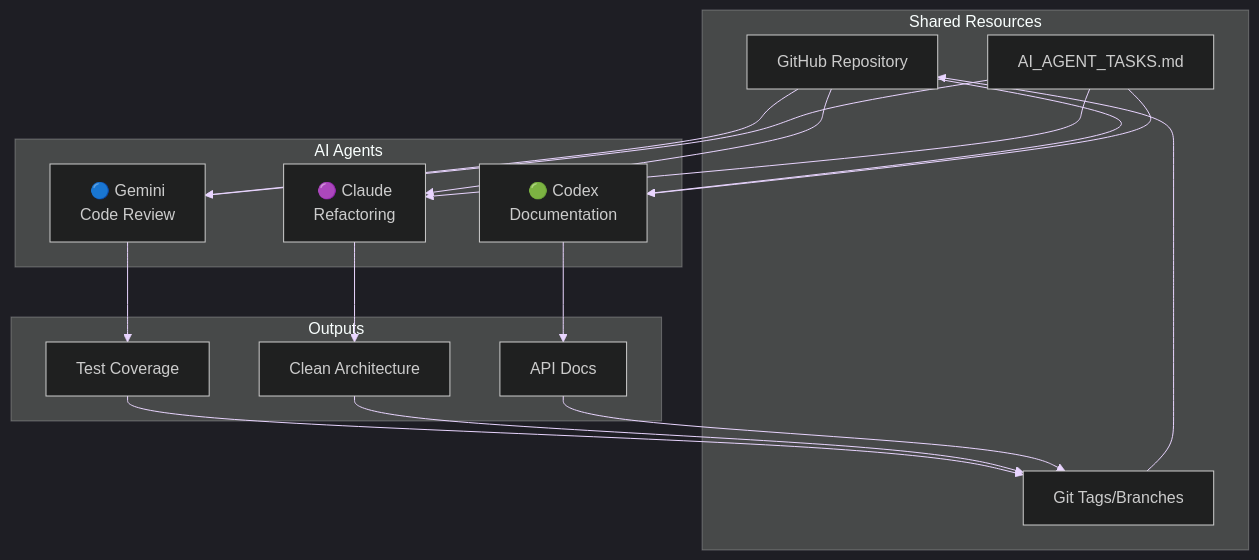
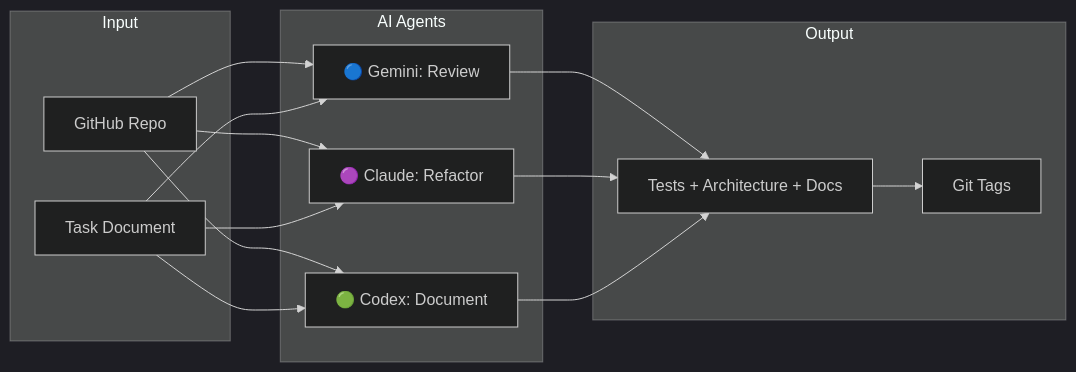
The eighth of 8 diagrams in ai_agent_comparison.md (kousen/cosmic-catalog), drawn with Mermaid before and after one commit. The commit also changed other lines of this file and 1 other file, not shown here.

````diff
--- a/ai_agent_comparison.md
+++ b/ai_agent_comparison.md
@@ -632,28 +906,24 @@
 ```mermaid
-%%{init: {'theme':'dark', 'themeVariables': { 'primaryColor':'#a78bfa', 'primaryTextColor':'#fff', 'primaryBorderColor':'#c4b5fd', 'lineColor':'#e9d5ff', 'secondaryColor':'#60a5fa', 'tertiaryColor':'#34d399'}}}%%
-graph TB
-    subgraph "Shared Resources"
-        A[GitHub Repository]
-        B[AI_AGENT_TASKS.md]
-        C[Git Tags/Branches]
+%%{init: {'theme':'dark'}}%%
+graph LR
+    subgraph "Input"
+        A[GitHub Repo]
+        B[Task Document]
     end
     
     subgraph "AI Agents"
-        D[🔵 Gemini<br/>Code Review]
-        E[🟣 Claude<br/>Refactoring]
-        F[🟢 Codex<br/>Documentation]
+        C[🔵 Gemini: Review]
+        D[🟣 Claude: Refactor]
+        E[🟢 Codex: Document]
     end
     
-    subgraph "Outputs"
-        G[Test Coverage]
-        H[Clean Architecture]
-        I[API Docs]
+    subgraph "Output"
+        F[Tests + Architecture + Docs]
+        G[Git Tags]
     end
     
-    A --> D & E & F
-    B --> D & E & F
-    D --> G --> C
-    E --> H --> C
-    F --> I --> C
-    C --> A
+    A --> C & D & E
+    B --> C & D & E
+    C & D & E --> F
+    F --> G
 ```
````
